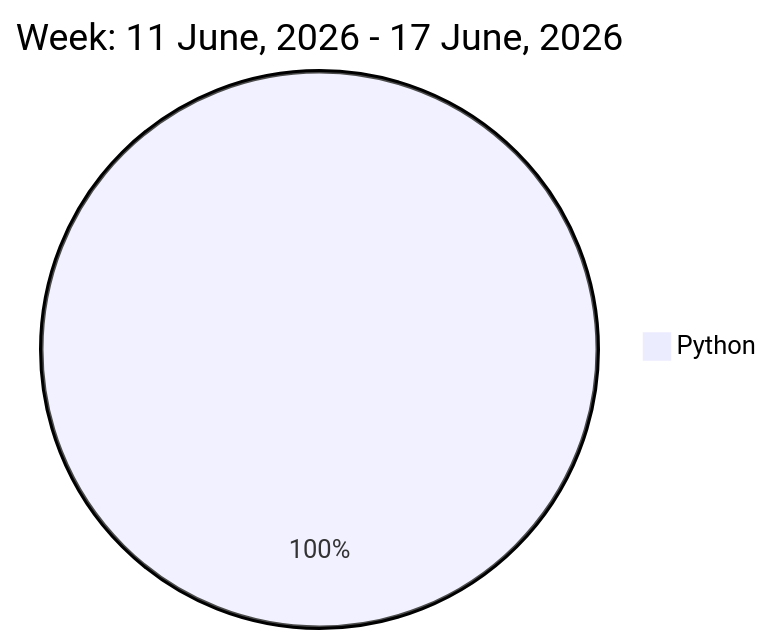
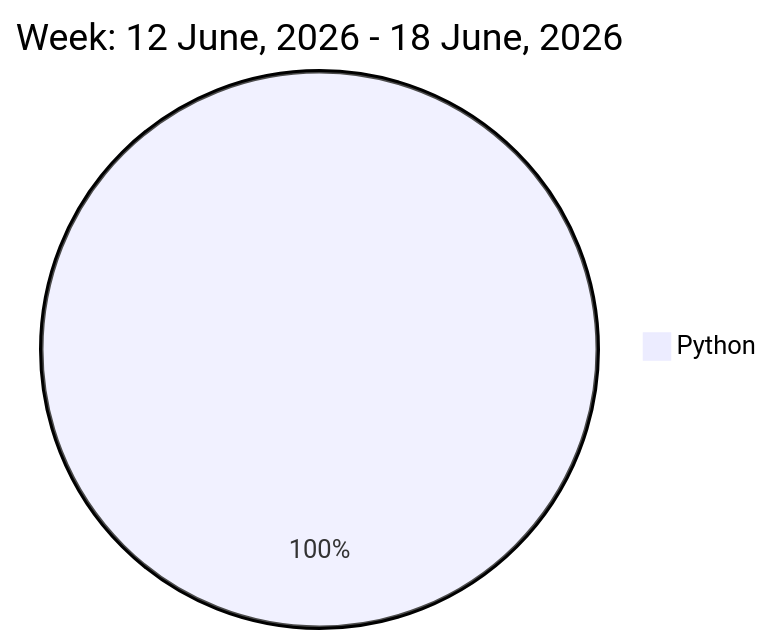
Before and after one commit to liubin95/liubin95: the diagram in README.md, drawn with Mermaid.

Commit message:
Updated the Graph with new Metrics

````diff
--- a/README.md
+++ b/README.md
@@ -32,5 +32,5 @@
 ```mermaid
  pie
-title Week: 11 June, 2026 - 17 June, 2026
- "Python" : 12.1
+title Week: 12 June, 2026 - 18 June, 2026
+ "Python" : 12.82
 ```
````
